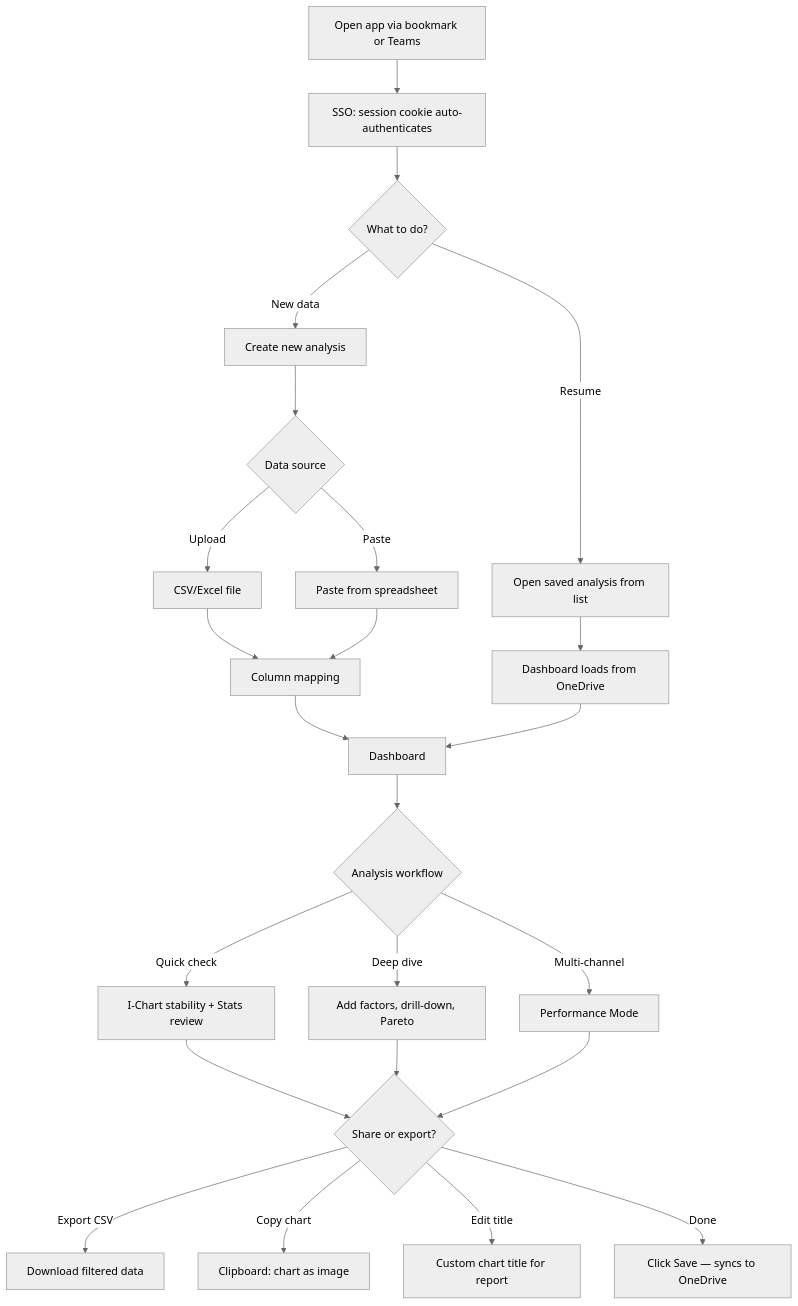
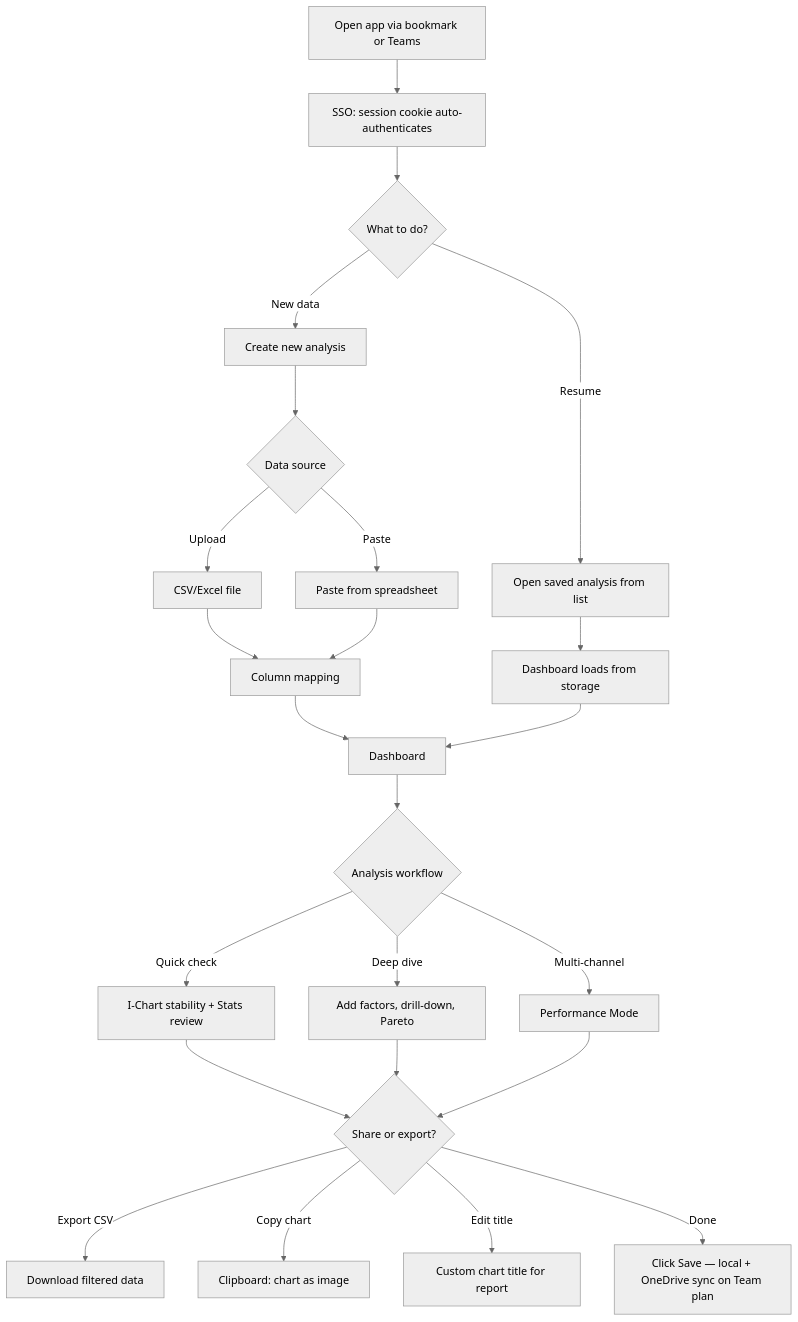
Before and after one commit to jukka-matti/variscout: the first of 2 diagrams in docs/02-journeys/flows/azure-daily-use.md, drawn with Mermaid (neutral theme). The commit also changed other lines of this file and 25 other files, not shown here.

First line of the commit message:
fix: gate cloud sync behind isTeamPlan() — Standard plan is local-only

````diff
--- a/docs/02-journeys/flows/azure-daily-use.md
+++ b/docs/02-journeys/flows/azure-daily-use.md
@@ -35,26 +35,26 @@
 ```mermaid
 flowchart TD
     A[Open app via bookmark or Teams] --> B[SSO: session cookie auto-authenticates]
     B --> C{What to do?}
     C -->|Resume| D[Open saved analysis from list]
     C -->|New data| E[Create new analysis]
-    D --> F[Dashboard loads from OneDrive]
+    D --> F[Dashboard loads from storage]
     E --> G{Data source}
     G -->|Upload| H[CSV/Excel file]
     G -->|Paste| I[Paste from spreadsheet]
     H --> J[Column mapping]
     I --> J
     J --> K[Dashboard]
     F --> K
     K --> L{Analysis workflow}
     L -->|Quick check| M[I-Chart stability + Stats review]
     L -->|Deep dive| N[Add factors, drill-down, Pareto]
     L -->|Multi-channel| O[Performance Mode]
     M --> P{Share or export?}
     N --> P
     O --> P
     P -->|Export CSV| Q[Download filtered data]
     P -->|Copy chart| R[Clipboard: chart as image]
     P -->|Edit title| S[Custom chart title for report]
-    P -->|Done| T[Click Save — syncs to OneDrive]
+    P -->|Done| T[Click Save — local + OneDrive sync on Team plan]
 ```
````
